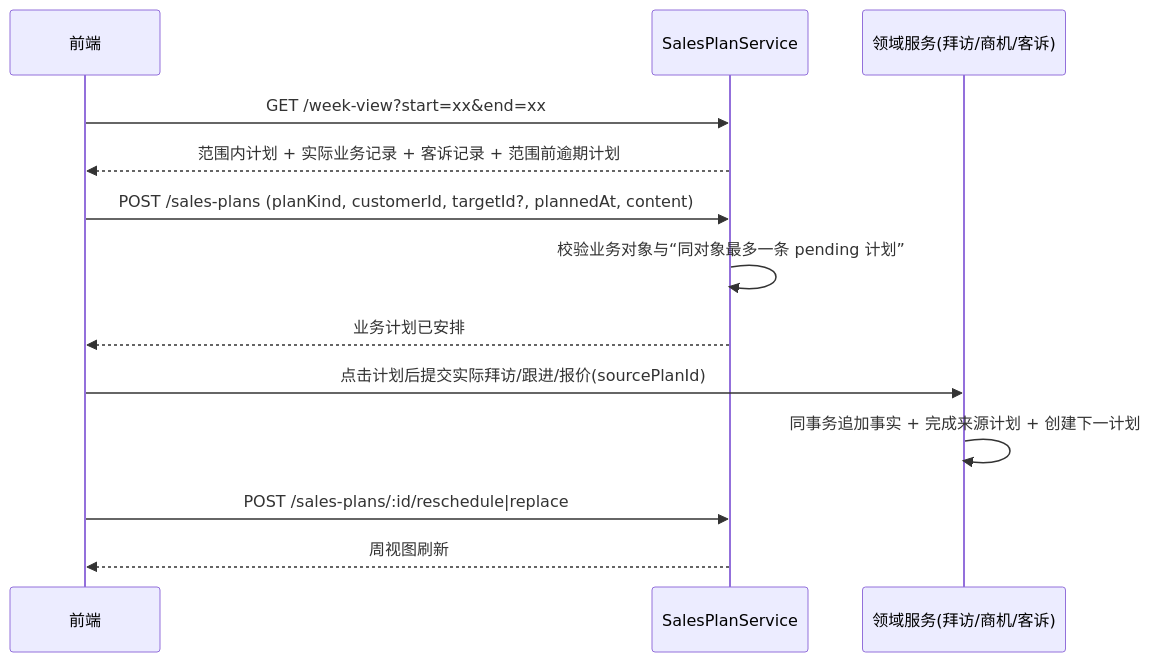
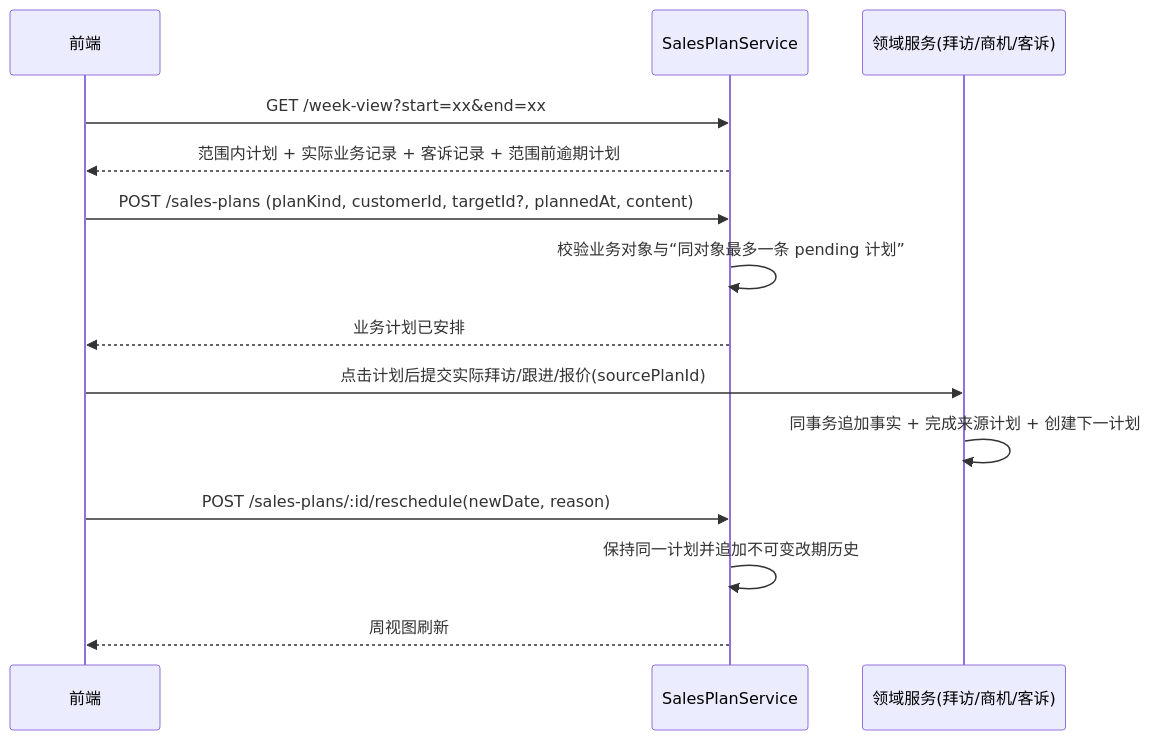
One commit to lixiname/LITECRM changed diagram 21 of 26 in docs/重构架构决策与实施蓝图.md. Above: the diagram before and after it, drawn with Mermaid. The commit also changed other lines of this file and 18 other files, not shown here.

Commit message:
feat: preserve sales plan reschedule history

````diff
--- a/docs/重构架构决策与实施蓝图.md
+++ b/docs/重构架构决策与实施蓝图.md
@@ -1252,15 +1263,16 @@
 ```mermaid
 sequenceDiagram
     participant C as 前端
     participant P as SalesPlanService
     participant B as 领域服务(拜访/商机/客诉)
     C->>P: GET /week-view?start=xx&end=xx
     P-->>C: 范围内计划 + 实际业务记录 + 客诉记录 + 范围前逾期计划
     C->>P: POST /sales-plans (planKind, customerId, targetId?, plannedAt, content)
     P->>P: 校验业务对象与“同对象最多一条 pending 计划”
     P-->>C: 业务计划已安排
     C->>B: 点击计划后提交实际拜访/跟进/报价(sourcePlanId)
     B->>B: 同事务追加事实 + 完成来源计划 + 创建下一计划
-    C->>P: POST /sales-plans/:id/reschedule|replace
+    C->>P: POST /sales-plans/:id/reschedule(newDate, reason)
+    P->>P: 保持同一计划并追加不可变改期历史
     P-->>C: 周视图刷新
 ```
````
